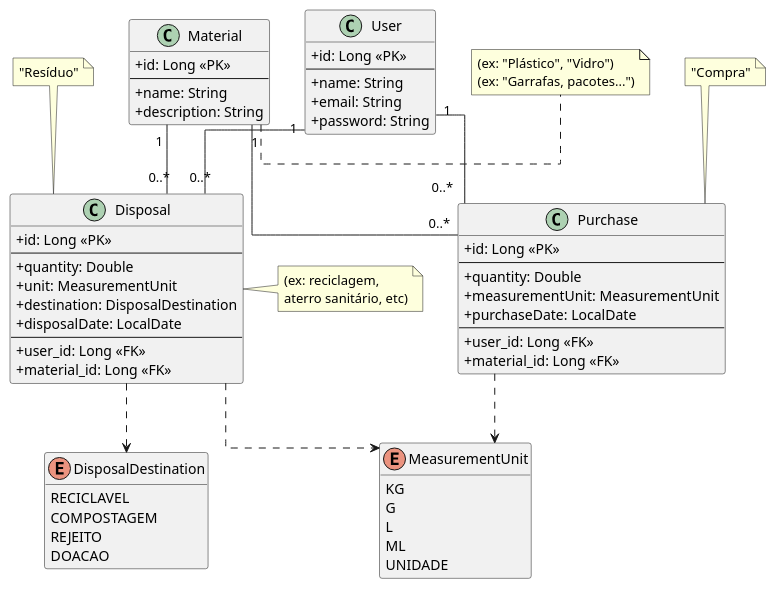
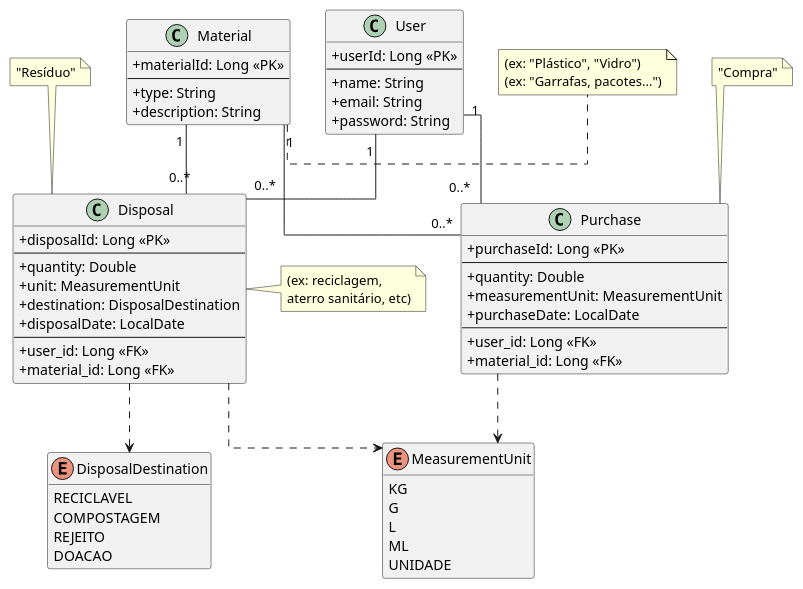
Before and after one commit to MiguellAlvess/ecotrack-api: the diagram in docs/diagram.puml, drawn with PlantUML.

Commit message:
docs: align entity diagram with JPA entities

```diff
--- a/docs/diagram.puml
+++ b/docs/diagram.puml
@@ -1,92 +1,92 @@
 @startuml
 ' Configurações para melhorar a aparência
 skinparam classAttributeIconSize 0
 skinparam linetype ortho
 hide empty members
 
 ' Definição das Entidades (Classes)
 class User {
-  + id: Long <<PK>>
+  + userId: Long <<PK>>
   --
   + name: String
   + email: String
   + password: String
 }
 
 class Material {
-  + id: Long <<PK>>
+  + materialId: Long <<PK>>
   --
-  + name: String
+  + type: String
   + description: String
 }
 
 class Purchase {
-  + id: Long <<PK>>
+  + purchaseId: Long <<PK>>
   --
   + quantity: Double
   + measurementUnit: MeasurementUnit
   + purchaseDate: LocalDate
   --
   + user_id: Long <<FK>>
   + material_id: Long <<FK>>
 }
 
 class Disposal {
-  + id: Long <<PK>>
+  + disposalId: Long <<PK>>
   --
   + quantity: Double
   + unit: MeasurementUnit
   + destination: DisposalDestination
   + disposalDate: LocalDate
   --
   + user_id: Long <<FK>>
   + material_id: Long <<FK>>
 }
 
 ' Definição dos Enums (como classes com estereótipo <<enum>>)
 enum MeasurementUnit {
   KG
   G
   L
   ML
   UNIDADE
 }
 
 enum DisposalDestination {
   RECICLAVEL
   COMPOSTAGEM
   REJEITO
   DOACAO
 }
 
 ' Definição das Relações
-' Uma Compra (Purchase) pertence a um Usuário (User)
-' Uma Compra (Purchase) está associada a um Material
+' Um User tem muitas Purchases
+' Muitas Purchases são de um Material
 User "1" -- "0..*" Purchase
 Material "1" -- "0..*" Purchase
 
-' Um Descarte (Disposal) pertence a um Usuário (User)
-' Um Descarte (Disposal) está associado a um Material
+' Um User tem muitos Disposals
+' Muitos Disposals são de um Material
 User "1" -- "0..*" Disposal
 Material "1" -- "0..*" Disposal
 
 ' Relações com os Enums
 Purchase ..> MeasurementUnit
 Disposal ..> MeasurementUnit
 Disposal ..> DisposalDestination
 
 ' Adicionando as notas (balões de exemplo)
 note top of Purchase : "Compra"
 note top of Disposal : "Resíduo"
 
 note right of Material
   (ex: "Plástico", "Vidro")
   (ex: "Garrafas, pacotes...")
 end note
 
 note right of Disposal
   (ex: reciclagem,
   aterro sanitário, etc)
 end note
 
 @enduml
```
